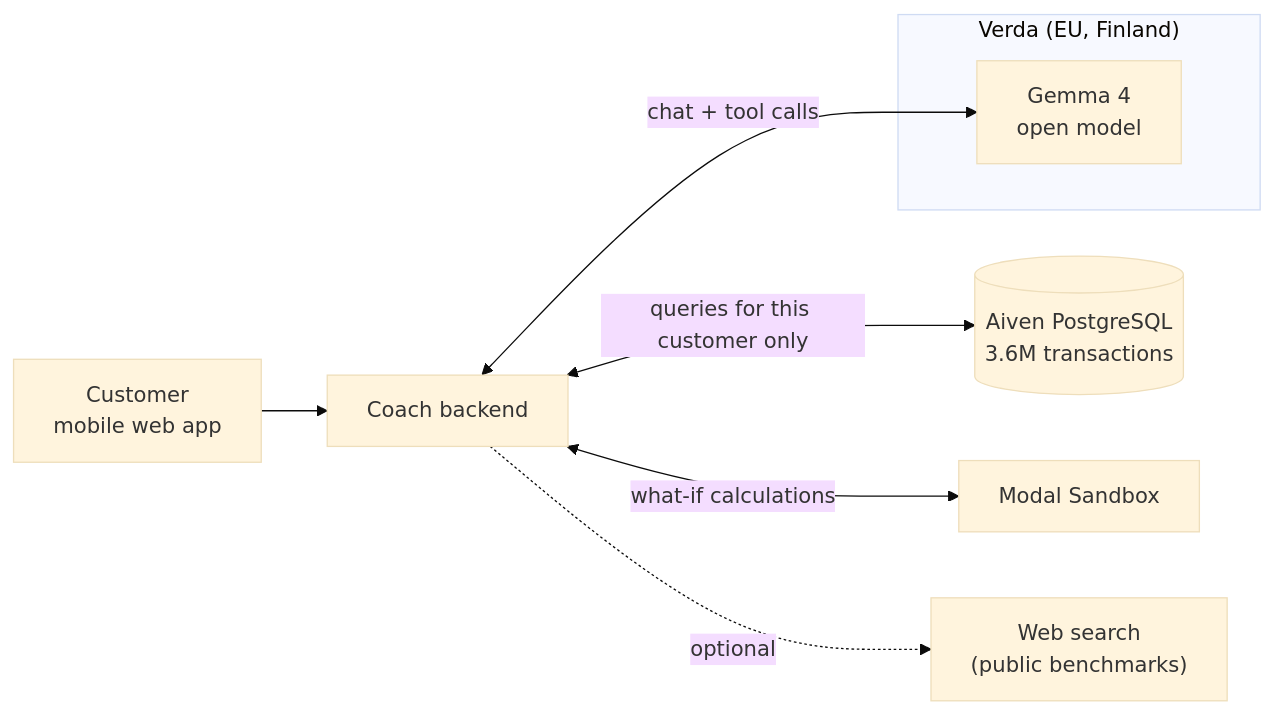
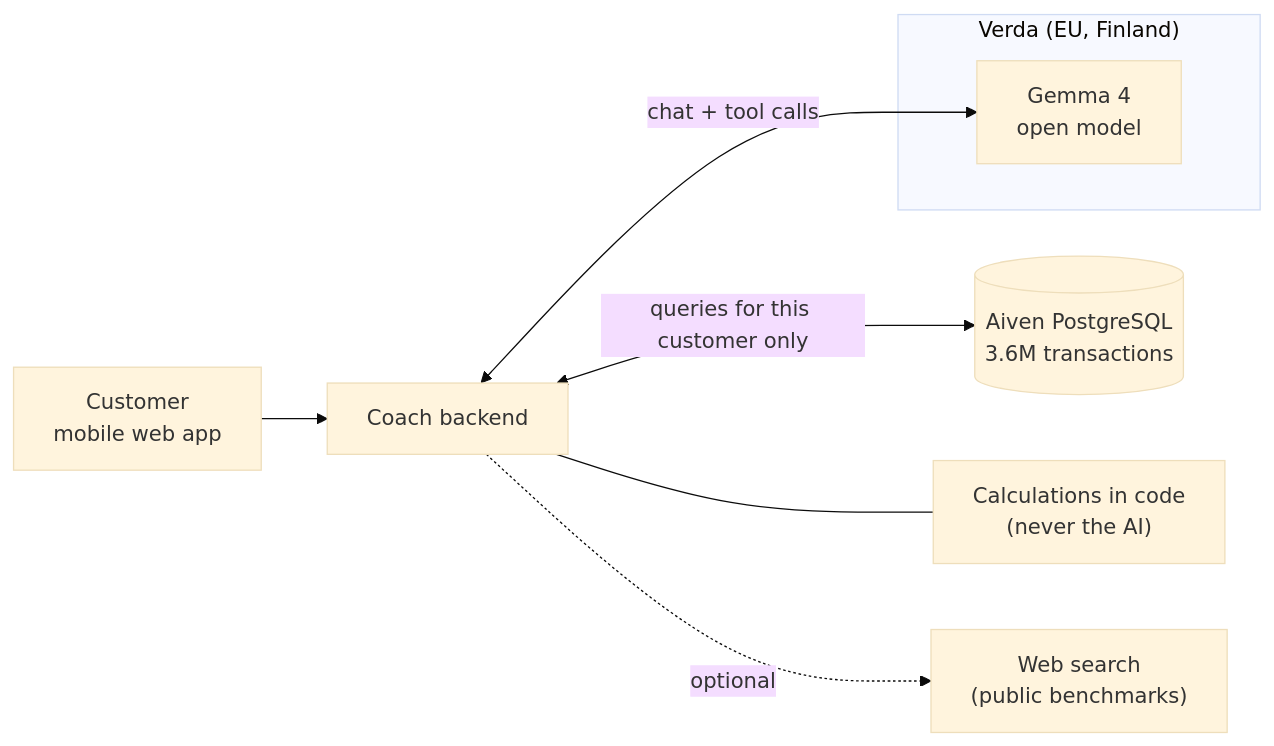
The first of 2 diagrams in README.md (pinsionparoni/mountain-claude-boys-trek), drawn with Mermaid (base theme) before and after one commit. The commit also changed other lines of this file and 2 other files, not shown here.

First line of the commit message:
Docs: charts on request, calculations in code, features we'd built but not described

````diff
--- a/README.md
+++ b/README.md
@@ -31,13 +35,13 @@
 ```mermaid
 flowchart LR
     U["Customer<br/>mobile web app"] --> API["Coach backend"]
 
     subgraph V["Verda (EU, Finland)"]
         G["Gemma 4<br/>open model"]
     end
 
     API <-->|"chat + tool calls"| G
     API <-->|"queries for this customer only"| DB[("Aiven PostgreSQL<br/>3.6M transactions")]
-    API <-->|"what-if calculations"| SB["Modal Sandbox"]
+    API --- CALC["Calculations in code<br/>(never the AI)"]
     API -.->|"optional"| EXA["Web search<br/>(public benchmarks)"]
 ```
````
